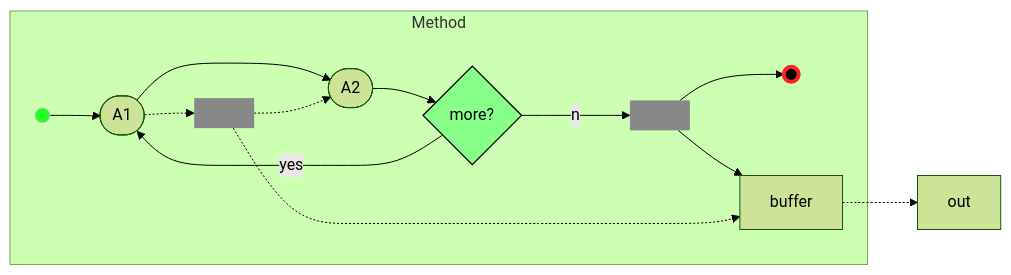
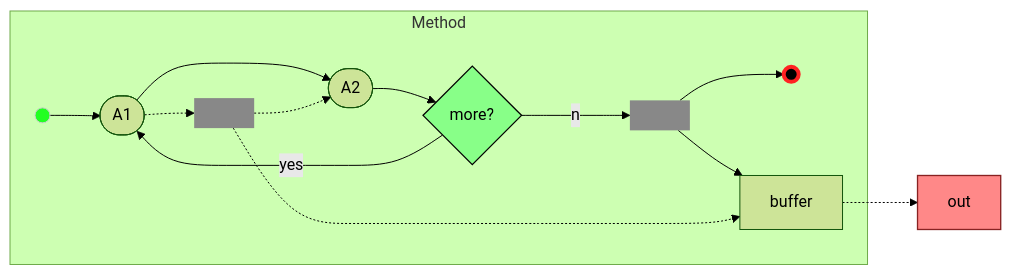
Before and after one commit to joseproenca/homepage-academic: the third of 15 diagrams in content/other/vvml-questions/index.md, drawn with Mermaid (forest theme). The commit also changed other lines of this file, not shown here.

````diff
--- a/content/other/vvml-questions/index.md
+++ b/content/other/vvml-questions/index.md
@@ -110,19 +112,20 @@
 ```mermaid
 graph LR
   subgraph Method
     Init(( )):::in --> W1([A1])
     W1 --> W2([A2])
     W1 -.-> T1[ ]:::tr
     T1 -.-> W2
     W2 --> more{more?}:::gw
     more --yes--> W1
     more --no--> T2[ ]:::tr
     T2 --> Stop(( )):::st & buffer
     T1 -.-> buffer
   end
-  buffer -.-> out
+  buffer -.-> out:::it
 classDef in fill:#2f2,stroke:#ccc;
 classDef st fill:#000,stroke:#f22,stroke-width:4px;
 classDef tr fill:#888,stroke-width:0pt;
 classDef gw fill:#8f8,stroke-width:1pt,stroke:#000;
+classDef it fill:#f88,stroke-width:1pt,stroke:#822;
 ```
````
